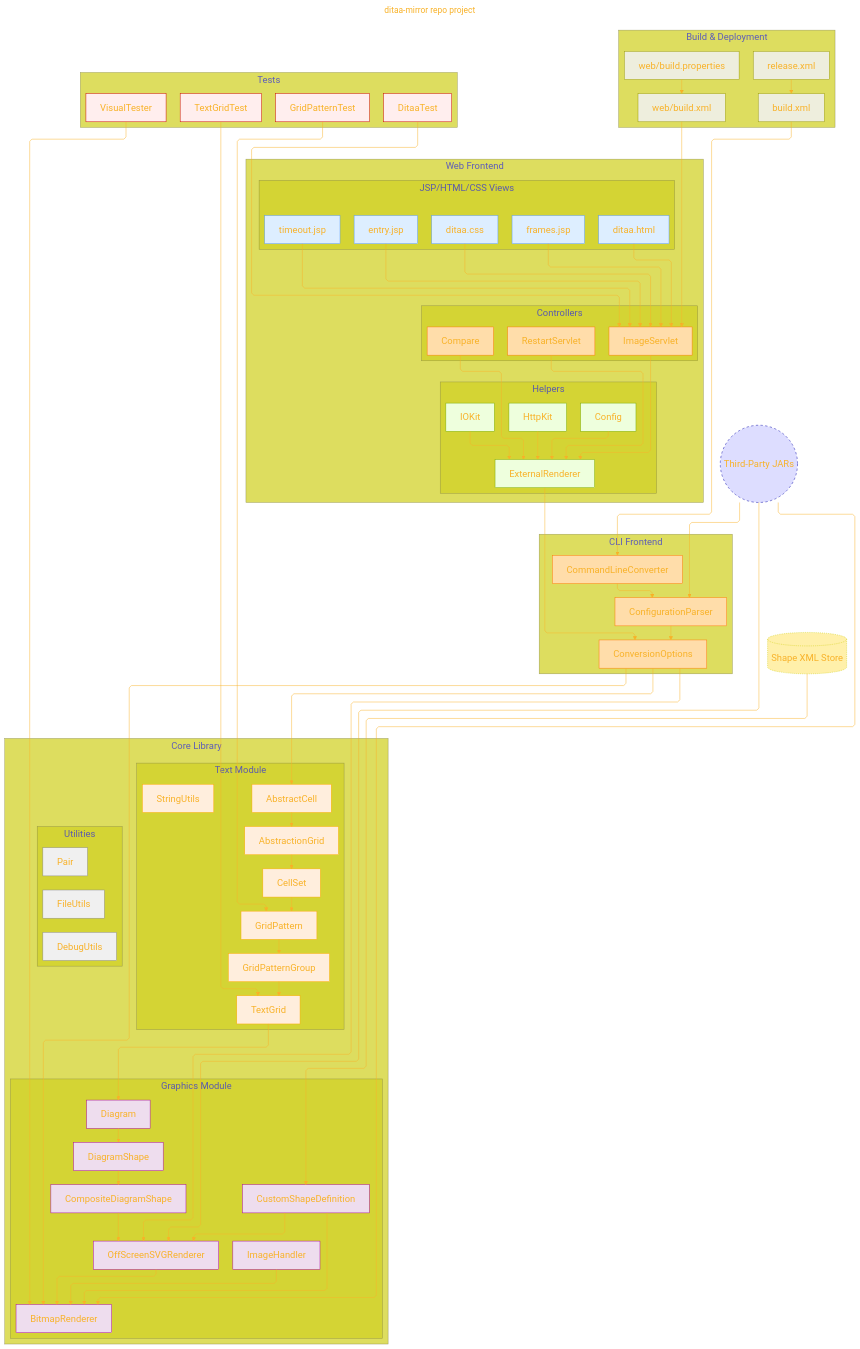
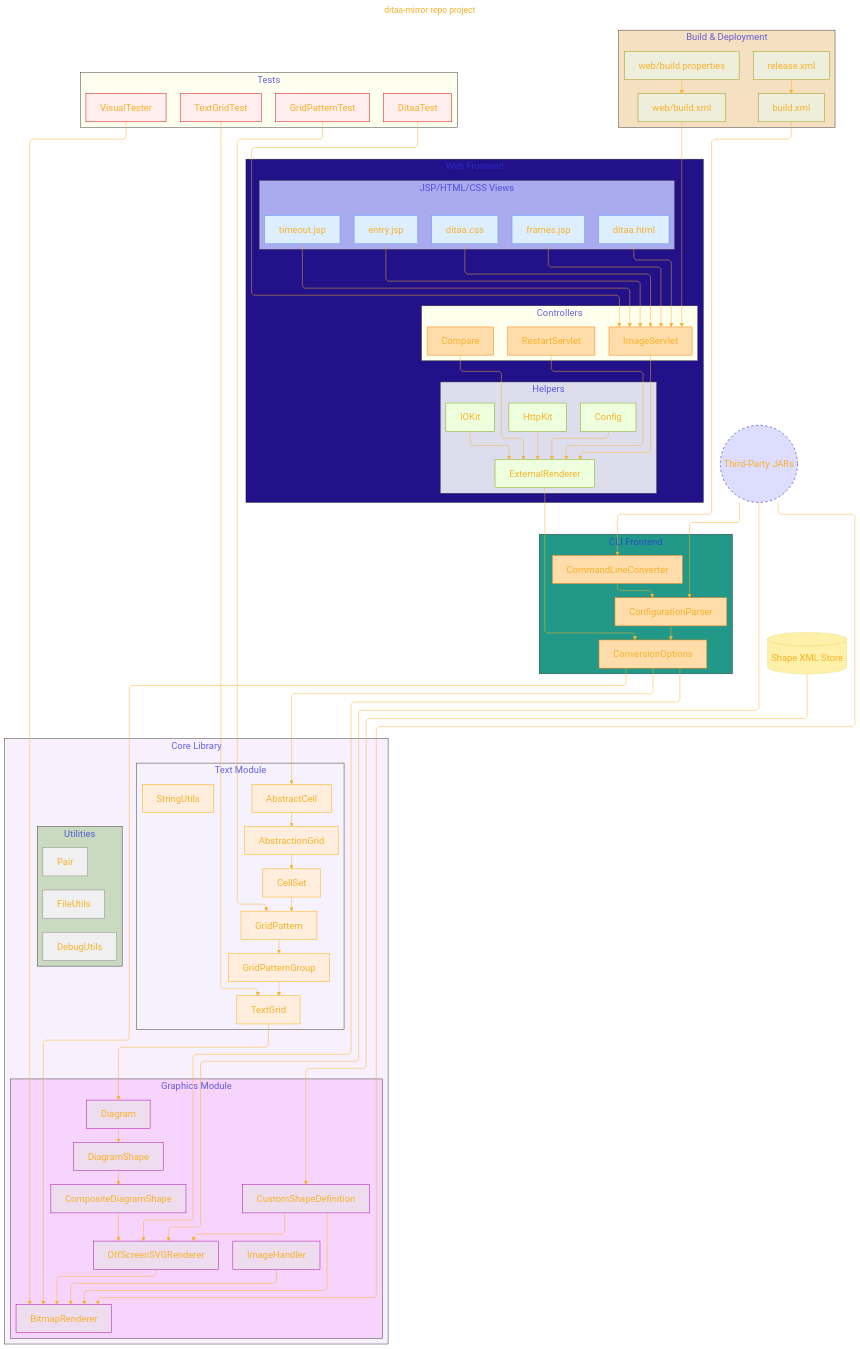
Before and after one commit to CongLeSolutionX/ditaa-mirror: the first of 2 diagrams in README.md, drawn with Mermaid. The commit also changed other lines of this file, not shown here.

```diff
--- a/README.md
+++ b/README.md
@@ -43,6 +54,7 @@
 flowchart TB
     %% UI Layer
     subgraph CLI_Frontend["CLI Frontend"]
+    style CLI_Frontend fill:#298F,stroke:#333,stroke-width:1px
     direction TB
         CLC["CommandLineConverter"]:::frontend
         CP["ConfigurationParser"]:::frontend
@@ -50,14 +62,17 @@
     end
 
     subgraph Web_Frontend["Web Frontend"]
+    style Web_Frontend fill:#218F,stroke:#333,stroke-width:1px
     direction TB
-        subgraph "Controllers"
+        subgraph Controllers["Controllers"]
+        style Controllers fill:#FFEF,stroke:#333,stroke-width:1px
             IS["ImageServlet"]:::frontend
             RS["RestartServlet"]:::frontend
             CE["Compare"]:::frontend
         end
         
         subgraph Helpers["Helpers"]
+        style Helpers fill:#DDEF,stroke:#333,stroke-width:1px
             ER["ExternalRenderer"]:::service
             HK["HttpKit"]:::service
             IK["IOKit"]:::service
@@ -65,6 +80,7 @@
         end
         
         subgraph JSP_HTML_CSS_Views["JSP/HTML/CSS Views"]
+        style JSP_HTML_CSS_Views fill:#AAEF,stroke:#333,stroke-width:1px
             JSP1["entry.jsp"]:::view
             JSP2["frames.jsp"]:::view
             HTML["ditaa.html"]:::view
@@ -75,9 +91,11 @@
 
     %% Core Library
     subgraph Core_Library["Core Library"]
+    style Core_Library fill:#92D1,stroke:#333,stroke-width:1px
     direction TB
-        subgraph "Text Module"
-            direction TB
+        subgraph Text_Module["Text Module"]
+        style Text_Module fill:#DFF2,stroke:#333,stroke-width:1px
+        direction TB
             AC["AbstractCell"]:::text
             AG["AbstractionGrid"]:::text
             CS["CellSet"]:::text
@@ -88,7 +106,8 @@
         end
         
         subgraph Graphics_Module["Graphics Module"]
-            direction TB
+        style Graphics_Module fill:#E2E2,stroke:#333,stroke-width:1px
+        direction TB
             D["Diagram"]:::graphics
             DS["DiagramShape"]:::graphics
             CDS["CompositeDiagramShape"]:::graphics
@@ -99,7 +118,8 @@
         end
         
         subgraph Utilities["Utilities"]
-            direction TB
+        style Utilities fill:#AC99,stroke:#333,stroke-width:1px
+        direction TB
             FU["FileUtils"]:::util
             DU["DebugUtils"]:::util
             P["Pair"]:::util
@@ -111,7 +131,8 @@
     Libs(("Third-Party JARs")):::external
 
     subgraph Build_and_Deployment["Build & Deployment"]
-        direction TB
+    style Build_and_Deployment fill:#EC99,stroke:#333,stroke-width:1px
+    direction TB
         BX["build.xml"]:::build
         WB["web/build.xml"]:::build
         RX["release.xml"]:::build
@@ -119,7 +140,8 @@
     end
 
     subgraph Tests["Tests"]
-        direction TB
+    style Tests fill:#fF21,stroke:#333,stroke-width:1px
+    direction TB
         GTest["GridPatternTest"]:::test
         TTest["TextGridTest"]:::test
         VTest["VisualTester"]:::test
```
